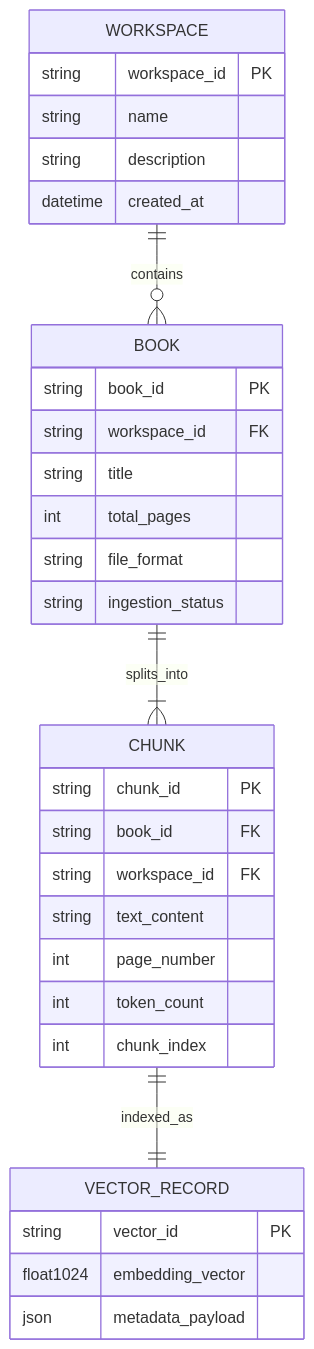
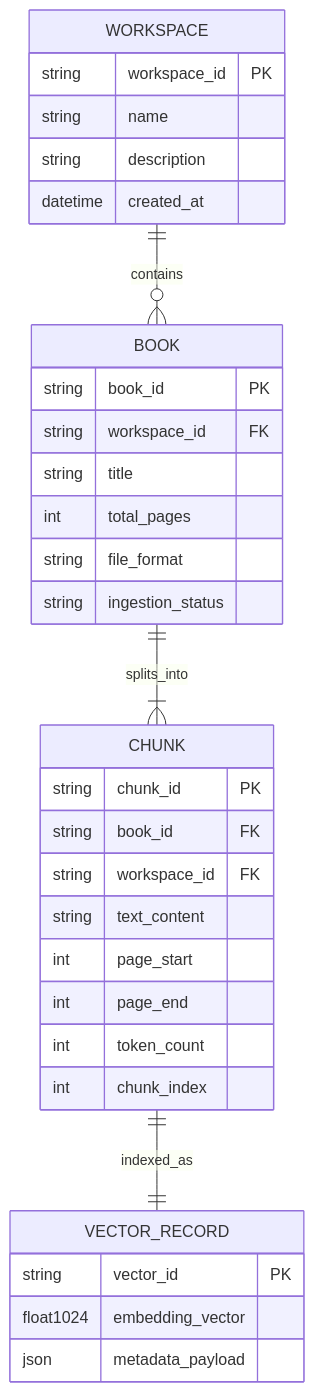
One commit to quocdat22/ExoCort changed the first of 2 diagrams in docs/superpowers/specs/2026-08-31-ebook-rag-baseline-hld.md. Above: the diagram before and after it, drawn with Mermaid. The commit also changed other lines of this file and 4 other files, not shown here.

````diff
--- a/docs/superpowers/specs/2026-08-31-ebook-rag-baseline-hld.md
+++ b/docs/superpowers/specs/2026-08-31-ebook-rag-baseline-hld.md
@@ -51,38 +51,39 @@
 ```mermaid
 erDiagram
     WORKSPACE ||--o{ BOOK : contains
     BOOK ||--|{ CHUNK : splits_into
     CHUNK ||--|| VECTOR_RECORD : indexed_as
 
     WORKSPACE {
         string workspace_id PK
         string name
         string description
         datetime created_at
     }
 
     BOOK {
         string book_id PK
         string workspace_id FK
         string title
         int total_pages
         string file_format
         string ingestion_status
     }
 
     CHUNK {
         string chunk_id PK
         string book_id FK
         string workspace_id FK
         string text_content
-        int page_number
+        int page_start
+        int page_end
         int token_count
         int chunk_index
     }
 
     VECTOR_RECORD {
         string vector_id PK
         float1024 embedding_vector
         json metadata_payload
     }
 ```
````
